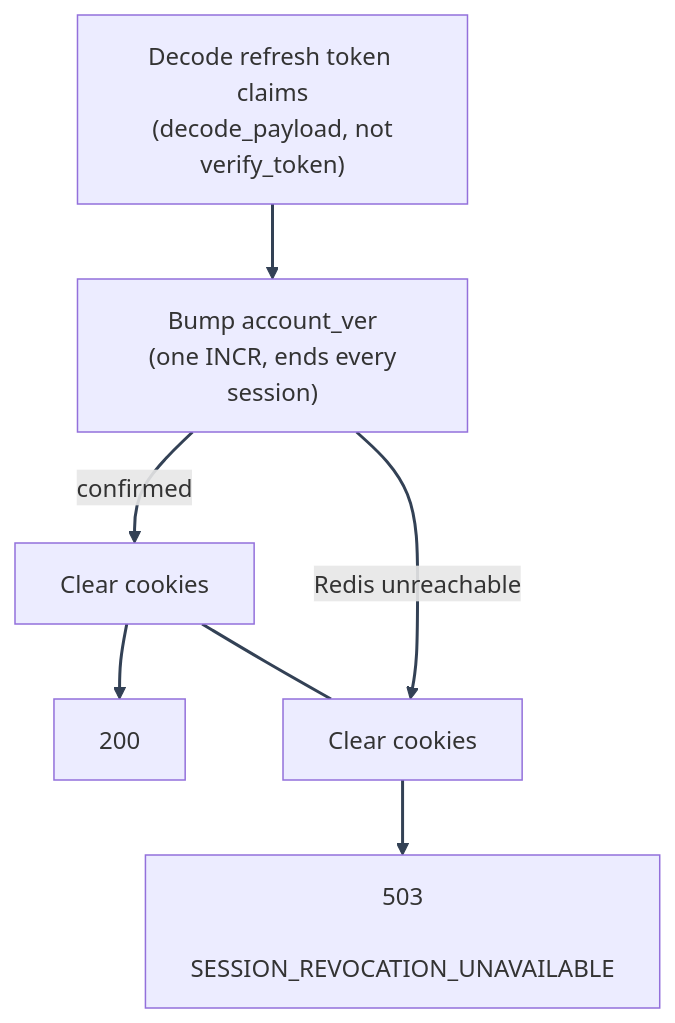
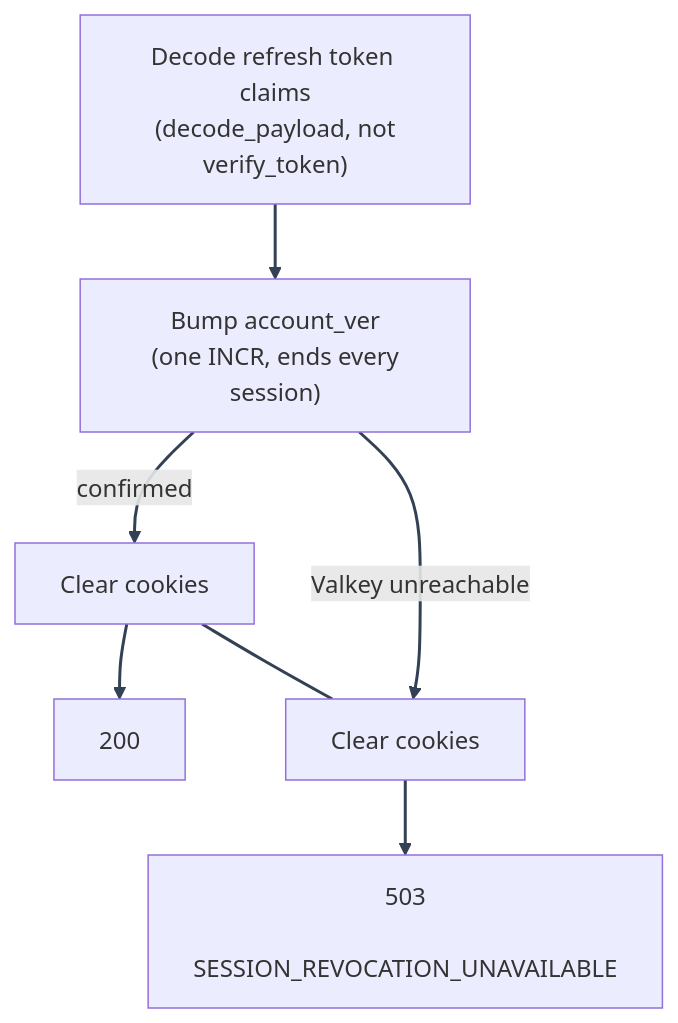
One commit to Nachiket-2024/mystic-auth changed the second of 2 diagrams in docs/mystic_auth/authentication/logout.md. Above: the diagram before and after it, drawn with Mermaid. The commit also changed other lines of this file and 905 other files, not shown here.

First line of the commit message:
Replaced Chakra UI with shadcn/Radix, migrated Redis to Valkey, revamped UI/UX

````diff
--- a/docs/mystic_auth/authentication/logout.md
+++ b/docs/mystic_auth/authentication/logout.md
@@ -43,11 +43,11 @@
 ```mermaid
 %%{init: {"themeVariables": {"lineColor": "#334155"}} }%%
 flowchart TD
     A1["Decode refresh token claims\n (decode_payload, not verify_token)"] --> A2["Bump account_ver\n (one INCR, ends every session)"]
     A2 -->|confirmed| A3["Clear cookies"]
     A3 --> A4["200"]
     A3 ~~~ A5
-    A2 -->|Redis unreachable| A5["Clear cookies"]
+    A2 -->|Valkey unreachable| A5["Clear cookies"]
     A5 --> A6["503\n SESSION_REVOCATION_UNAVAILABLE"]
     linkStyle default stroke:#334155,stroke-width:2px
 ```
````
